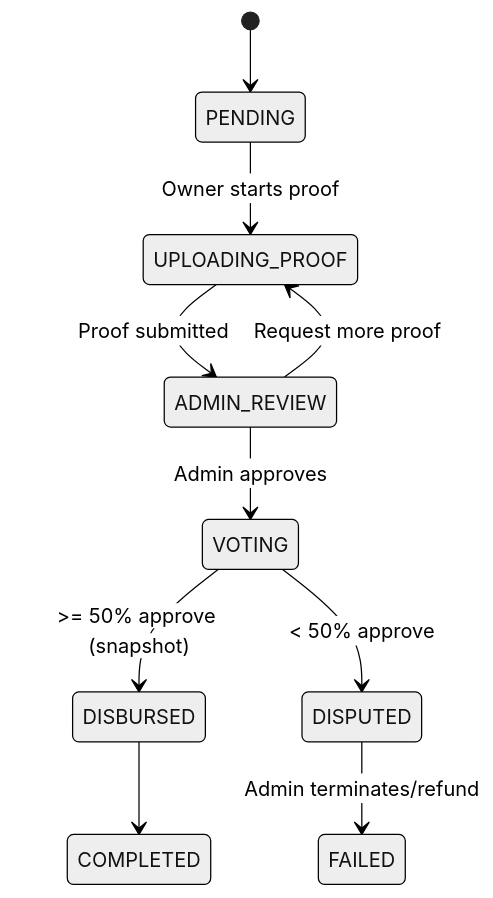
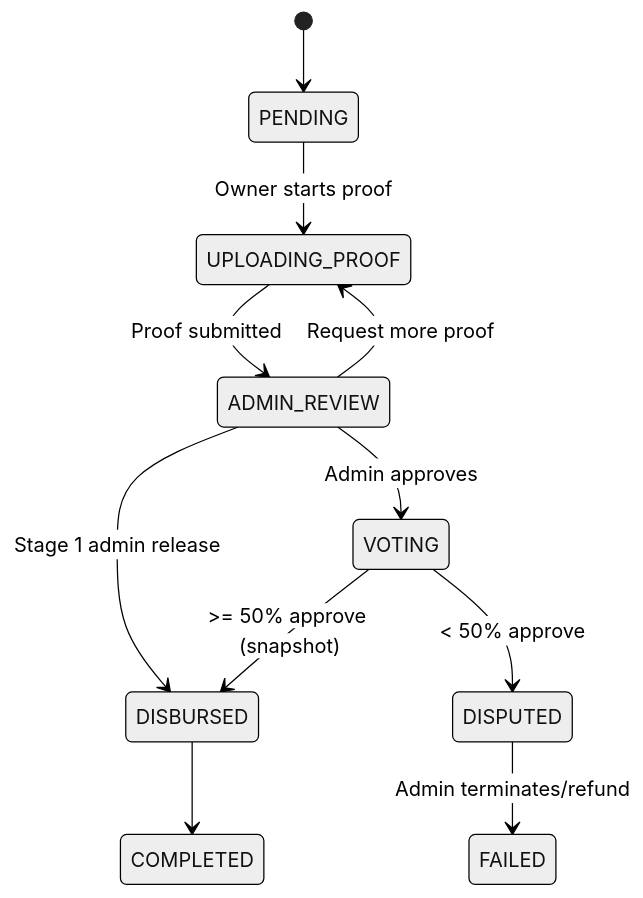
One commit to Loisori/SCI-ITF-Canhan42_TrinhSuTruongThi changed the second of 3 diagrams in README.MD. Above: the diagram before and after it, drawn with Mermaid (neutral theme). The commit also changed other lines of this file and 11 other files, not shown here.

````diff
--- a/README.MD
+++ b/README.MD
@@ -137,12 +150,13 @@
 ```mermaid
 stateDiagram-v2
   [*] --> PENDING
   PENDING --> UPLOADING_PROOF: Owner starts proof
   UPLOADING_PROOF --> ADMIN_REVIEW: Proof submitted
   ADMIN_REVIEW --> VOTING: Admin approves
+  ADMIN_REVIEW --> DISBURSED: Stage 1 admin release
   ADMIN_REVIEW --> UPLOADING_PROOF: Request more proof
   VOTING --> DISBURSED: >= 50% approve (snapshot)
   VOTING --> DISPUTED: < 50% approve
   DISBURSED --> COMPLETED
   DISPUTED --> FAILED: Admin terminates/refund
 ```
````
